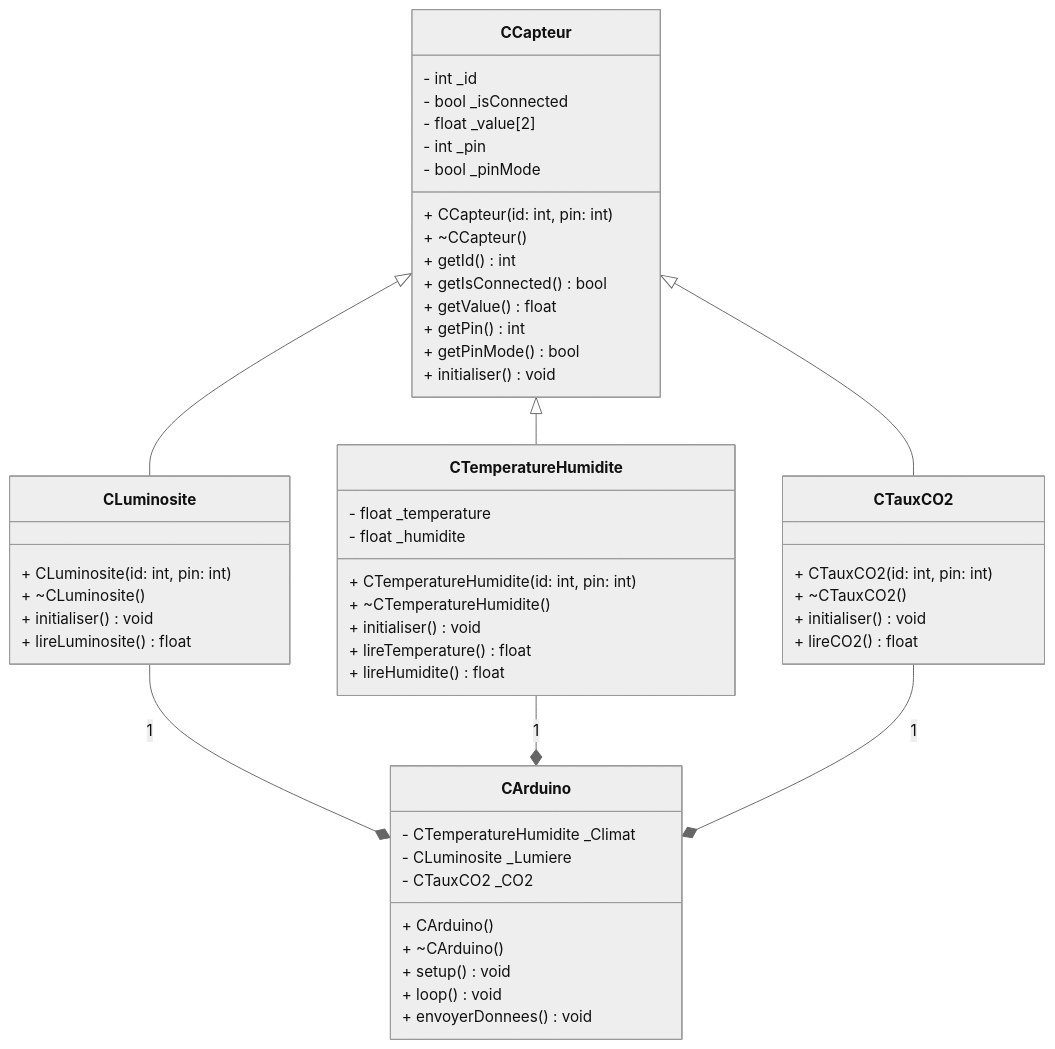
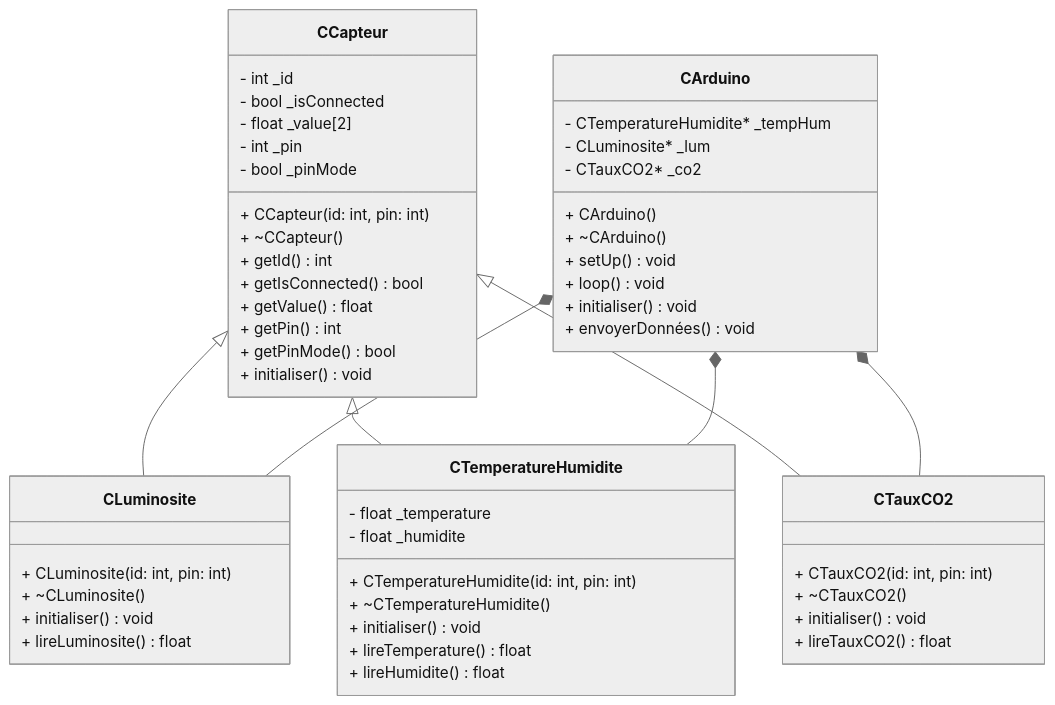
One commit to MedericQueron/POOArduino_projectGTB changed the diagram in README.md. Above: the diagram before and after it, drawn with Mermaid (neutral theme). The commit also changed other lines of this file and 10 other files, not shown here.

````diff
--- a/README.md
+++ b/README.md
@@ -6,65 +16,62 @@
 ``` Mermaid
 classDiagram
     direction TB
-    
     class CCapteur {
         - int _id
         - bool _isConnected
         - float _value[2]
         - int _pin
         - bool _pinMode
         + CCapteur(id: int, pin: int)
         + ~CCapteur()
         + getId() int
         + getIsConnected() bool
         + getValue() float
         + getPin() int
         + getPinMode() bool
         + initialiser() void
     }
 
     class CLuminosite {
         + CLuminosite(id: int, pin: int)
         + ~CLuminosite()
         + initialiser() void
         + lireLuminosite() float
     }
 
     class CTemperatureHumidite {
         - float _temperature
         - float _humidite
         + CTemperatureHumidite(id: int, pin: int)
         + ~CTemperatureHumidite()
         + initialiser() void
         + lireTemperature() float
         + lireHumidite() float
     }
 
     class CTauxCO2 {
         + CTauxCO2(id: int, pin: int)
         + ~CTauxCO2()
         + initialiser() void
-        + lireCO2() float
+        + lireTauxCO2() float
     }
 
     class CArduino {
-        - CTemperatureHumidite _Climat
-        - CLuminosite _Lumiere
-        - CTauxCO2 _CO2
+        - CTemperatureHumidite* _tempHum
+        - CLuminosite* _lum
+        - CTauxCO2* _co2
         + CArduino()
         + ~CArduino()
-        + setup() void
+        + setUp() void
         + loop() void
-        + envoyerDonnees() void
+        + initialiser() void
+        + envoyerDonnées() void
     }
 
     CCapteur <|-- CLuminosite
     CCapteur <|-- CTemperatureHumidite
     CCapteur <|-- CTauxCO2
-
-    CLuminosite --* CArduino : 1
-    CTemperatureHumidite --* CArduino : 1
-    CTauxCO2 --* CArduino : 1
-
-    
+    CArduino *-- CTemperatureHumidite
+    CArduino *-- CLuminosite
+    CArduino *-- CTauxCO2
 ```
````
